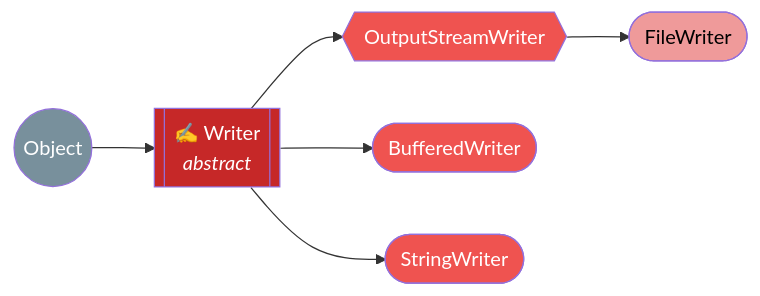
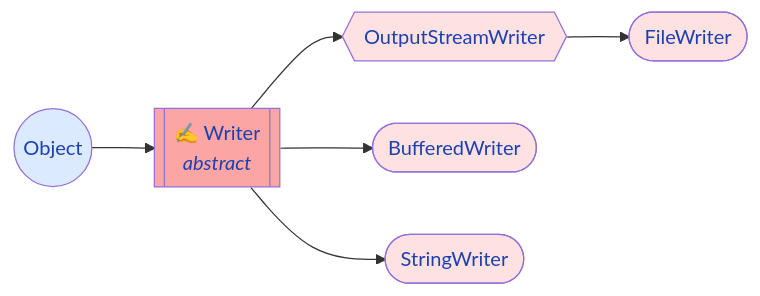
One commit to saivamsikaruturi/vamsilabs-dev-notes-main changed the third of 5 diagrams in docs/java/FileHandling.md. Above: the diagram before and after it, drawn with Mermaid. The commit also changed other lines of this file and 220 other files, not shown here.

First line of the commit message:
Add 50+ new Java/Spring Boot pages, rewrite CSS code blocks to Oracle style, fix all diagram colors

````diff
--- a/docs/java/FileHandling.md
+++ b/docs/java/FileHandling.md
@@ -406,15 +406,15 @@
 ```mermaid
 flowchart LR
     O2(("Object")) --> Writer[["✍️ Writer<br/><i>abstract</i>"]]
     Writer --> OSW{{"OutputStreamWriter"}}
     OSW --> FW(["FileWriter"])
     Writer --> BW(["BufferedWriter"])
     Writer --> SW(["StringWriter"])
 
-    style O2 fill:#78909C,color:#fff
-    style Writer fill:#C62828,color:#fff
-    style OSW fill:#EF5350,color:#fff
-    style FW fill:#EF9A9A,color:#000
-    style BW fill:#EF5350,color:#fff
-    style SW fill:#EF5350,color:#fff
+    style O2 fill:#DBEAFE,color:#1E40AF
+    style Writer fill:#FCA5A5,color:#1E40AF
+    style OSW fill:#FEE2E2,color:#1E40AF
+    style FW fill:#FEE2E2,color:#1E40AF
+    style BW fill:#FEE2E2,color:#1E40AF
+    style SW fill:#FEE2E2,color:#1E40AF
 ```
````
